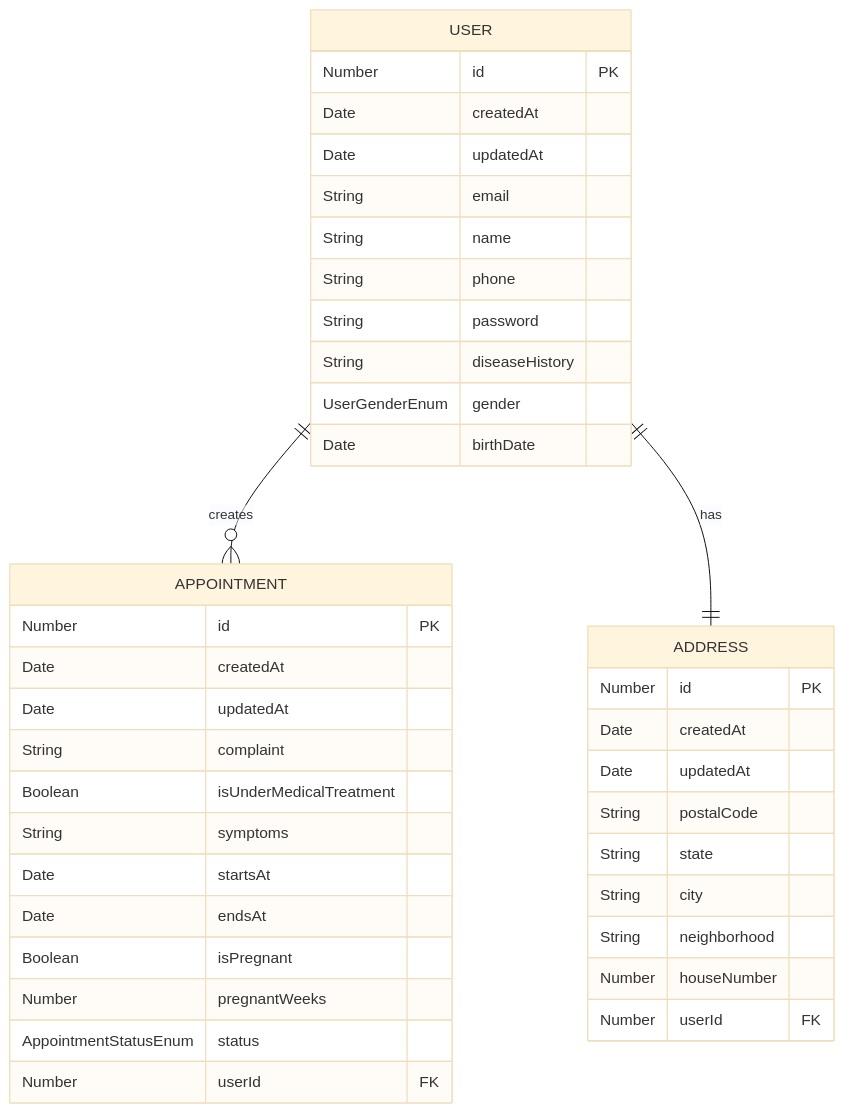
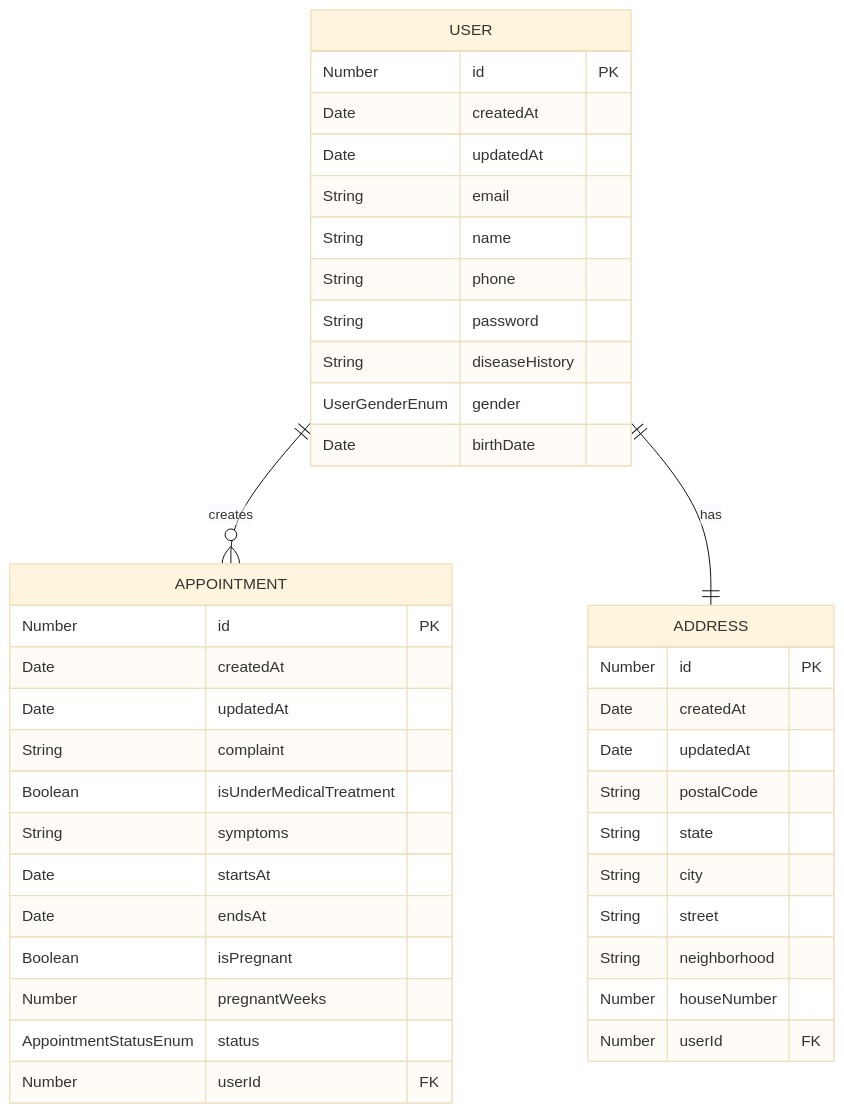
One commit to leonardodimarchi/massage-therapy-api changed the first of 2 diagrams in README.md. Above: the diagram before and after it, drawn with Mermaid. The commit also changed other lines of this file, not shown here.

````diff
--- a/README.md
+++ b/README.md
@@ -5,49 +5,50 @@
 ```mermaid
 %%{init: {'theme':'base'}}%%
 erDiagram
     USER ||--o{ APPOINTMENT : creates
     USER ||--|| ADDRESS : has
     USER {
         Number id PK
         Date createdAt
         Date updatedAt
 
         String email
         String name
         String phone
         String password
         String diseaseHistory
         UserGenderEnum gender
         Date birthDate
     }
 
     ADDRESS {
         Number id PK
         Date createdAt
         Date updatedAt
 
         String postalCode
         String state
         String city
+        String street
         String neighborhood
         Number houseNumber
         Number userId FK
     }
 
     APPOINTMENT {
         Number id PK
         Date createdAt
         Date updatedAt
 
         String complaint
         Boolean isUnderMedicalTreatment
         String symptoms
         Date startsAt
         Date endsAt
         Boolean isPregnant
         Number pregnantWeeks
         AppointmentStatusEnum status
 
         Number userId FK
     }
 ```
````
